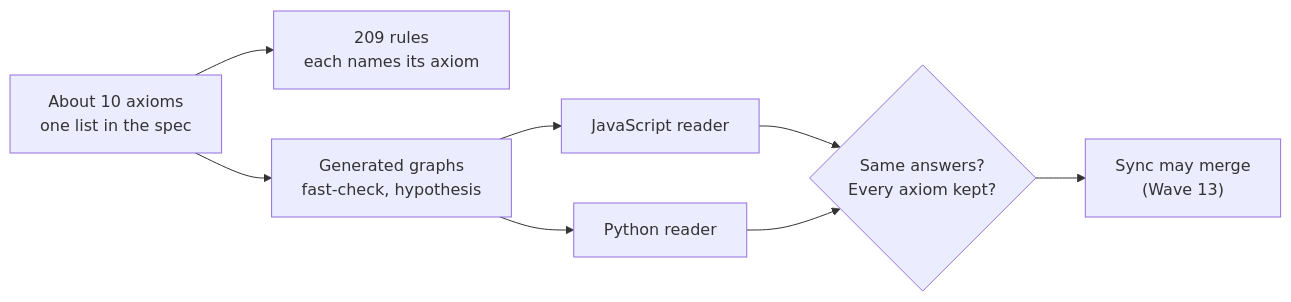
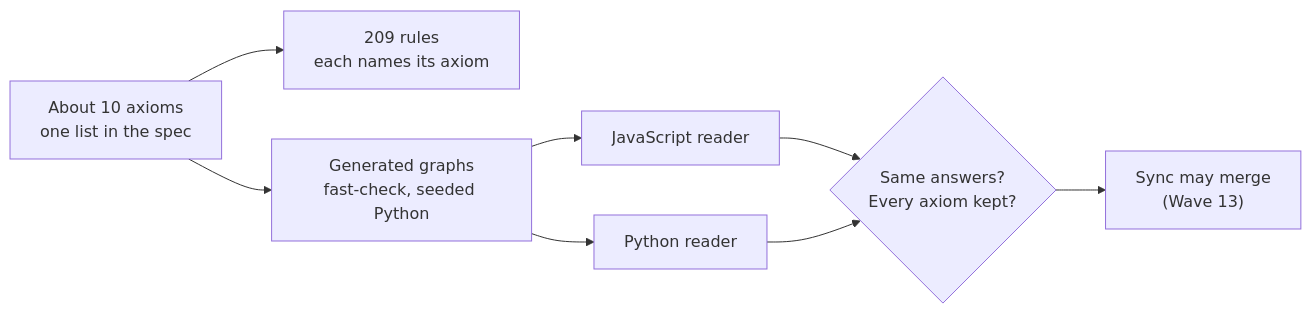
The diagram in wiki/Graph-axioms-design.md (rogerbucks/thoughtknot), drawn with Mermaid before and after one commit. The commit also changed other lines of this file and 11 other files, not shown here.

First line of the commit message:
Hold the axioms on thousands of generated graphs (GS8, part 2 of 2)

````diff
--- a/wiki/Graph-axioms-design.md
+++ b/wiki/Graph-axioms-design.md
@@ -18,10 +18,10 @@
 ```mermaid
 flowchart LR
   A["About 10 axioms<br/>one list in the spec"] --> R["209 rules<br/>each names its axiom"]
-  A --> G["Generated graphs<br/>fast-check, hypothesis"]
+  A --> G["Generated graphs<br/>fast-check, seeded Python"]
   G --> J["JavaScript reader"]
   G --> P["Python reader"]
   J --> C{"Same answers?<br/>Every axiom kept?"}
   P --> C
   C --> S["Sync may merge<br/>(Wave 13)"]
 ```
````
